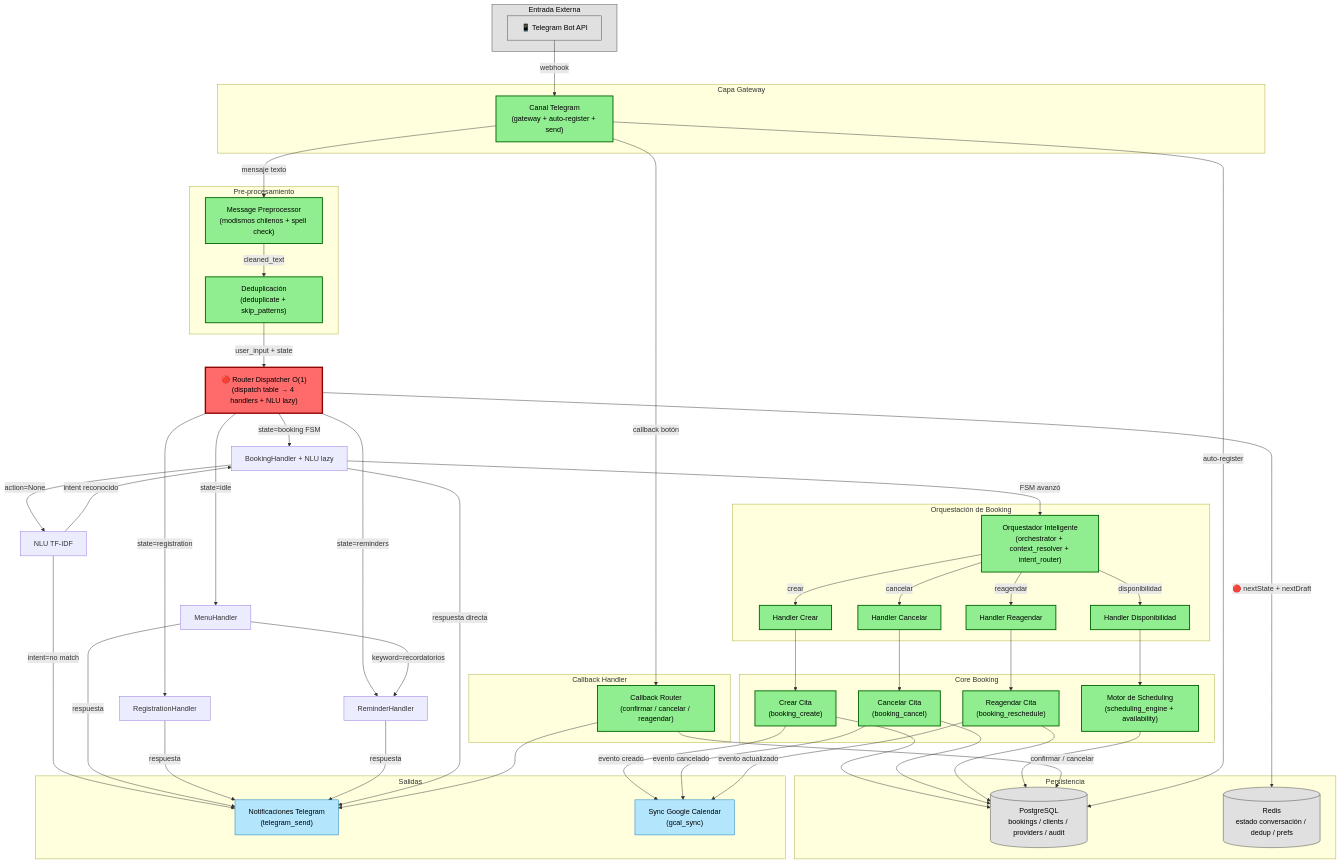
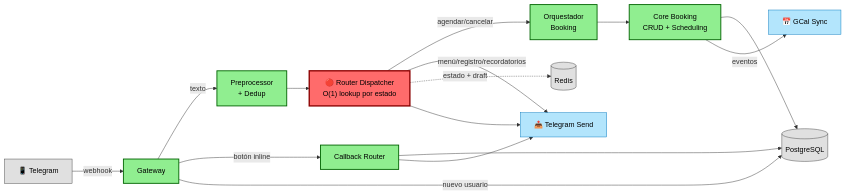
The diagram in diaflujo-activo.md (RogerDevCode/basic-booking-wm), drawn with Mermaid before and after one commit. The commit also changed other lines of this file, not shown here.

Commit message:
docs: completely redesign diaflujo-activo.md — clean left-to-right flow
- Replace messy TB flowchart with clean LR diagram (10 nodes, no subgraphs)
- Move handler detail to table below diagram
- Remove redundant NLU table and nextDraft ASCII diagram
- Simplify file mapping table
- Two clear paths: text message (main) and callback (separate)

````diff
--- a/diaflujo-activo.md
+++ b/diaflujo-activo.md
@@ -11,115 +11,46 @@
 ```mermaid
-flowchart TB
-    subgraph EXT["Entrada Externa"]
-        TG["📱 Telegram Bot API"]
-    end
+flowchart LR
+    %% ── Nodos ──
+    TG["📱 Telegram"]
+    GW["Gateway"]
+    PRE["Preprocessor\n+ Dedup"]
+    ROUTER["🔴 Router Dispatcher\nO(1) lookup por estado"]
+    ORCH["Orquestador\nBooking"]
+    CORE["Core Booking\nCRUD + Scheduling"]
+    DB[("PostgreSQL")]
+    RD[("Redis")]
+    TGS["📤 Telegram Send"]
+    GS["📅 GCal Sync"]
+    CBR["Callback Router"]
 
-    subgraph GATEWAY["Capa Gateway"]
-        GW["Canal Telegram\n(gateway + auto-register + send)"]
-    end
+    %% ── Ruta principal: mensaje de texto ──
+    TG -->|webhook| GW
+    GW -->|texto| PRE
+    PRE --> ROUTER
+    ROUTER -->|agendar/cancelar| ORCH
+    ROUTER -->|menú/registro/recordatorios| TGS
+    ORCH --> CORE
+    CORE --> DB
+    CORE -->|eventos| GS
+    ROUTER -.->|estado + draft| RD
+    ROUTER --> TGS
 
-    subgraph PREPRO["Pre-procesamiento"]
-        MPP["Message Preprocessor\n(modismos chilenos + spell check)"]
-        DED["Deduplicación\n(deduplicate + skip_patterns)"]
-    end
-
-    DISPATCHER["🔴 Router Dispatcher O(1)\n(dispatch table → 4 handlers + NLU lazy)"]
-
-    subgraph ORCH["Orquestación de Booking"]
-        ORC["Orquestador Inteligente\n(orchestrator + context_resolver + intent_router)"]
-        HCR["Handler Crear"]
-        HCA["Handler Cancelar"]
-        HRE["Handler Reagendar"]
-        HAV["Handler Disponibilidad"]
-    end
-
-    subgraph CORE["Core Booking"]
-        CR["Crear Cita\n(booking_create)"]
-        CA["Cancelar Cita\n(booking_cancel)"]
-        RE["Reagendar Cita\n(booking_reschedule)"]
-        SE["Motor de Scheduling\n(scheduling_engine + availability)"]
-    end
-
-    subgraph PERSIST["Persistencia"]
-        DB[("PostgreSQL\nbookings / clients / providers / audit")]
-        RD[("Redis\nestado conversación / dedup / prefs")]
-    end
-
-    subgraph CBK["Callback Handler"]
-        CBR["Callback Router\n(confirmar / cancelar / reagendar)"]
-    end
-
-    subgraph OUT["Salidas"]
-        TGS["Notificaciones Telegram\n(telegram_send)"]
-        GS["Sync Google Calendar\n(gcal_sync)"]
-    end
-
-    %% Flujo principal de mensajes de texto
-    TG -->|webhook| GW
-    GW -->|mensaje texto| MPP
-    MPP -->|cleaned_text| DED
-    DED -->|user_input + state| DISPATCHER
-
-    %% Dispatch O(1) → handlers internos
-    DISPATCHER -->|state=idle| MH_LABEL["MenuHandler"]
-    DISPATCHER -->|state=registration| RH_LABEL["RegistrationHandler"]
-    DISPATCHER -->|state=reminders| RMH_LABEL["ReminderHandler"]
-    DISPATCHER -->|state=booking FSM| BH_LABEL["BookingHandler + NLU lazy"]
-
-    %% MenuHandler → puede delegar a ReminderHandler
-    MH_LABEL -->|keyword=recordatorios| RMH_LABEL
-
-    %% NLU Lazy interno al BookingHandler
-    BH_LABEL -->|action=None| NLU_LABEL["NLU TF-IDF"]
-    NLU_LABEL -->|intent reconocido| BH_LABEL
-    NLU_LABEL -->|intent=no match| TGS
-
-    %% Salidas de handlers
-    MH_LABEL -->|respuesta| TGS
-    RH_LABEL -->|respuesta| TGS
-    RMH_LABEL -->|respuesta| TGS
-    BH_LABEL -->|FSM avanzó| ORC
-    BH_LABEL -->|respuesta directa| TGS
-
-    %% 🔴 nextDraft Fix: Estado + Draft se preservan
-    DISPATCHER -->|🔴 nextState + nextDraft| RD
-
-    %% Orquestador → Core
-    ORC -->|crear| HCR
-    ORC -->|cancelar| HCA
-    ORC -->|reagendar| HRE
-    ORC -->|disponibilidad| HAV
-
-    HCR --> CR
-    HCA --> CA
-    HRE --> RE
-    HAV --> SE
-
-    CR --> DB
-    CA --> DB
-    RE --> DB
-    SE --> DB
-
-    CR -->|evento creado| GS
-    CA -->|evento cancelado| GS
-    RE -->|evento actualizado| GS
-
-    %% Callback route (separada)
-    GW -->|callback botón| CBR
-    CBR -->|confirmar / cancelar| DB
+    %% ── Ruta callback (separada) ──
+    GW -->|botón inline| CBR
+    CBR --> DB
     CBR --> TGS
 
-    %% Persistencia
-    GW -->|auto-register| DB
+    %% ── Auto-register ──
+    GW -->|nuevo usuario| DB
 
+    %% ── Estilos ──
     classDef active fill:#90EE90,stroke:#006400,stroke-width:2px,color:#000
     classDef infra fill:#E0E0E0,stroke:#424242,stroke-width:1px,color:#000
     classDef out fill:#B3E5FC,stroke:#0277BD,stroke-width:1px,color:#000
-    classDef critical fill:#FF6B6B,stroke:#8B0000,stroke-width:3px,color:#000
+    classDef changed fill:#FF6B6B,stroke:#8B0000,stroke-width:3px,color:#000
 
-    class GW,MPP,DED,ORC,HCR,HCA,HRE,HAV,CR,CA,RE,SE,CBR active
-    class DB,RD infra
+    class GW,PRE,ORCH,CORE,CBR active
+    class DB,RD,TG infra
     class TGS,GS out
-    class TG,EXT infra
-    class DISPATCHER critical
+    class ROUTER changed
 ```
````
